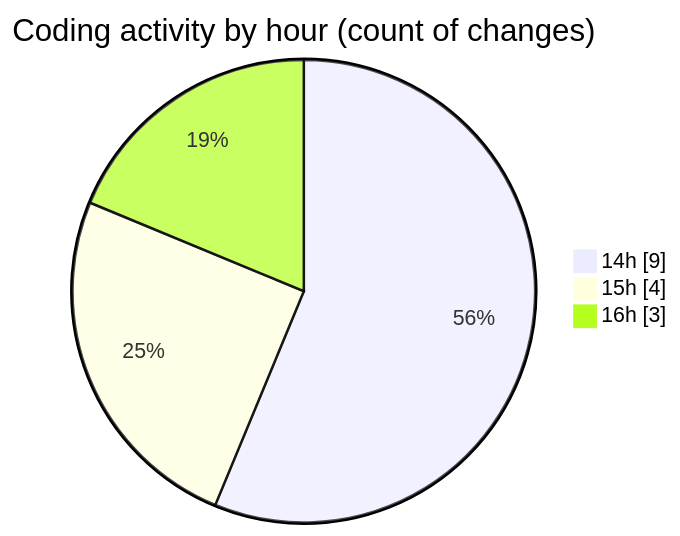
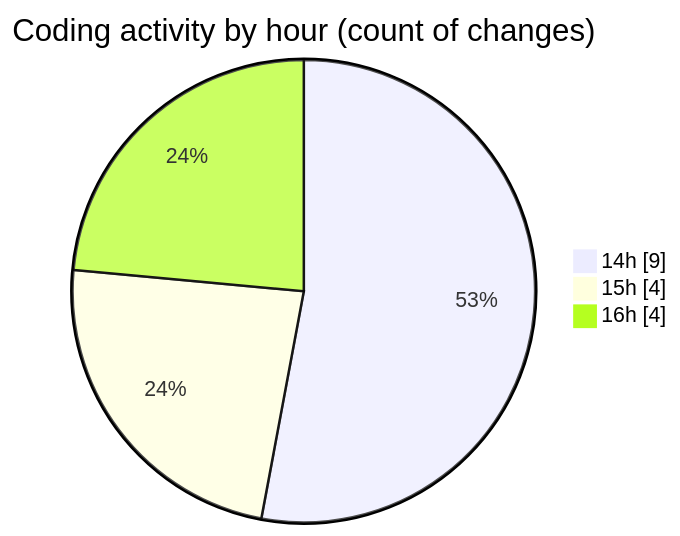
One commit to JenPaints/code-tracking changed the second of 2 diagrams in 2025-05-28/kimberly-groups/README.md. Above: the diagram before and after it, drawn with Mermaid. The commit also changed other lines of this file and 1 other file, not shown here.

````diff
--- a/2025-05-28/kimberly-groups/README.md
+++ b/2025-05-28/kimberly-groups/README.md
@@ -33,7 +33,7 @@
 ```mermaid
 pie showData
 title Coding activity by hour (count of changes)
 "14h" : 9
 "15h" : 4
-"16h" : 3
+"16h" : 4
 ```
````
